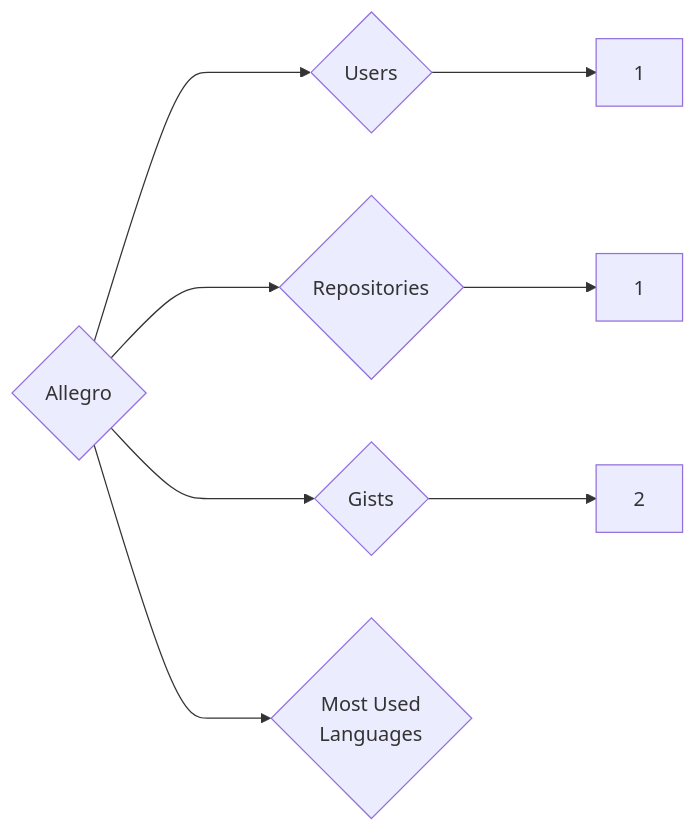
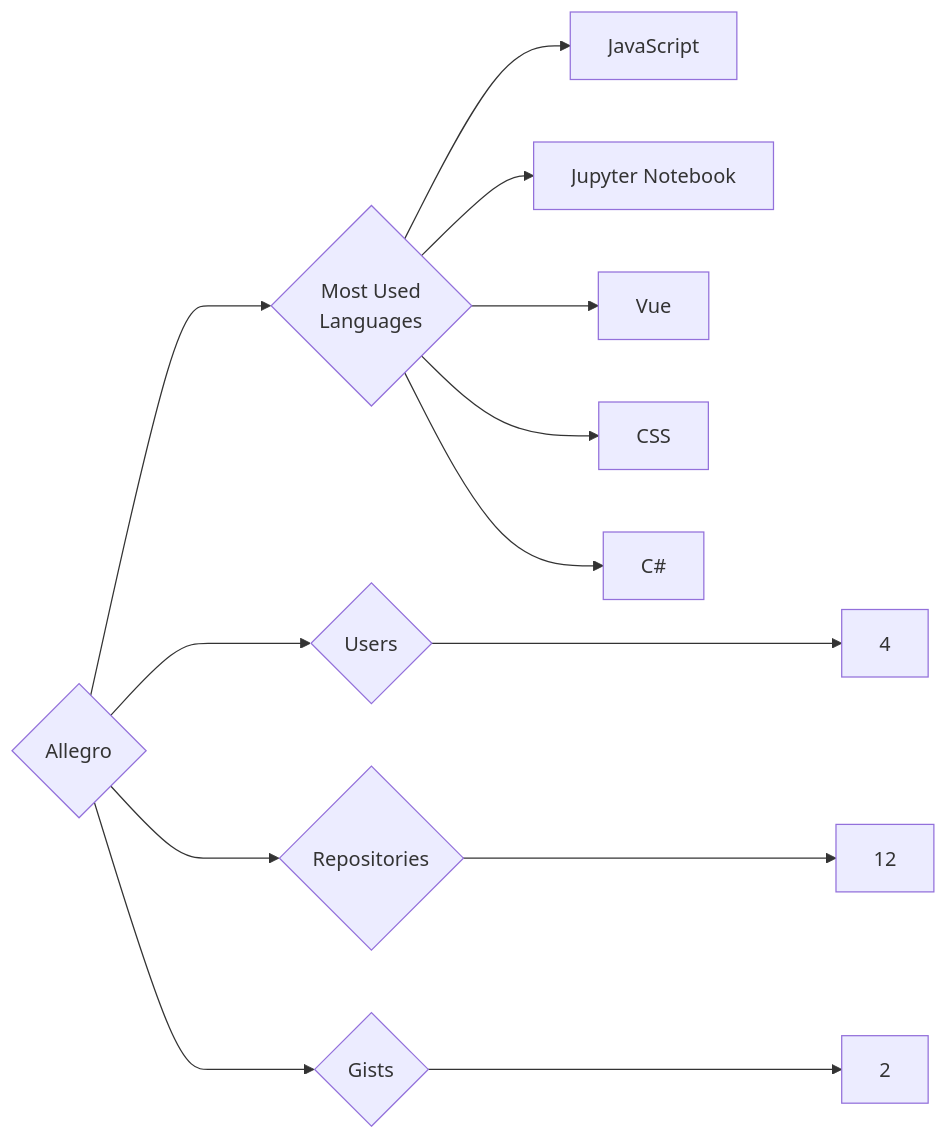
Before and after one commit to trickest/insiders: the diagram in targets/Allegro/README.md, drawn with Mermaid. The commit also changed 1007 other files, not shown here.

````diff
--- a/targets/Allegro/README.md
+++ b/targets/Allegro/README.md
@@ -3,8 +3,13 @@
 ```mermaid
 graph LR
 COMPANY_NAME{Allegro}
-COMPANY_NAME ---> U{Users} ---> UN[1]
-COMPANY_NAME ---> R{Repositories} ---> RN[1]
+COMPANY_NAME ---> U{Users} ---> UN[4]
+COMPANY_NAME ---> R{Repositories} ---> RN[12]
 COMPANY_NAME ---> G{Gists} ---> GN[2]
 COMPANY_NAME ---> ML{Most Used<br>Languages}
+ML --> JavaScript[JavaScript]
+ML --> Jupyter_Notebook[Jupyter Notebook]
+ML --> Vue[Vue]
+ML --> CSS[CSS]
+ML --> C#[C#]
 ```
````
